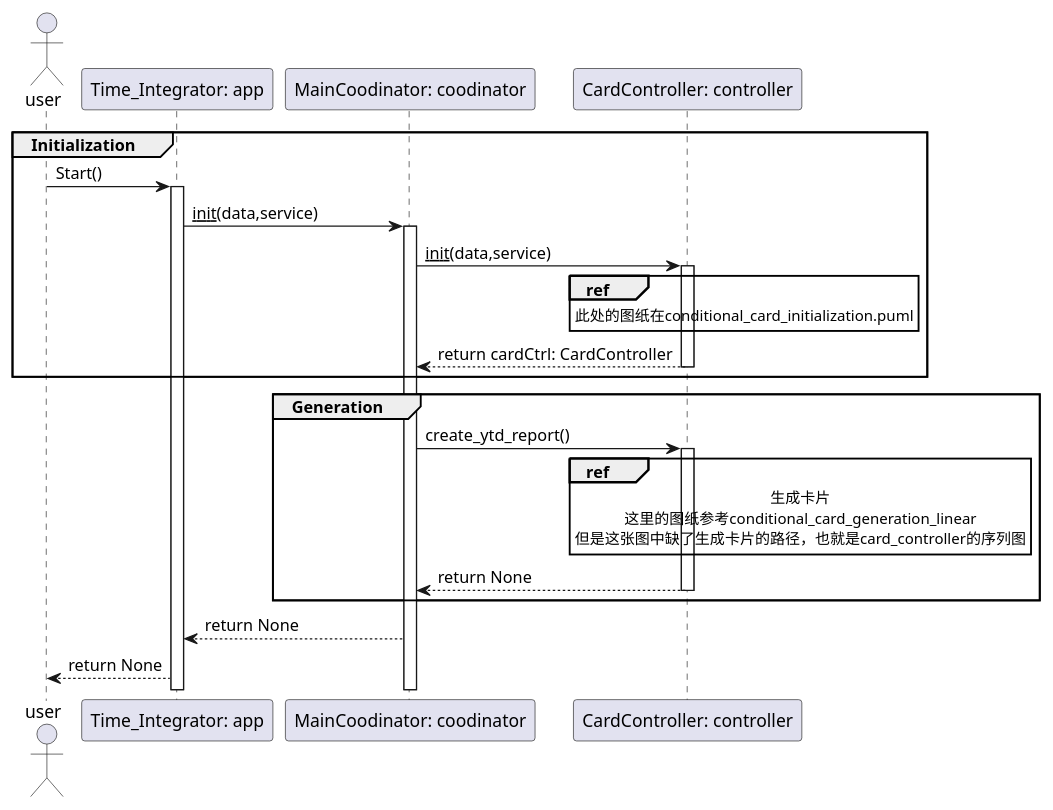
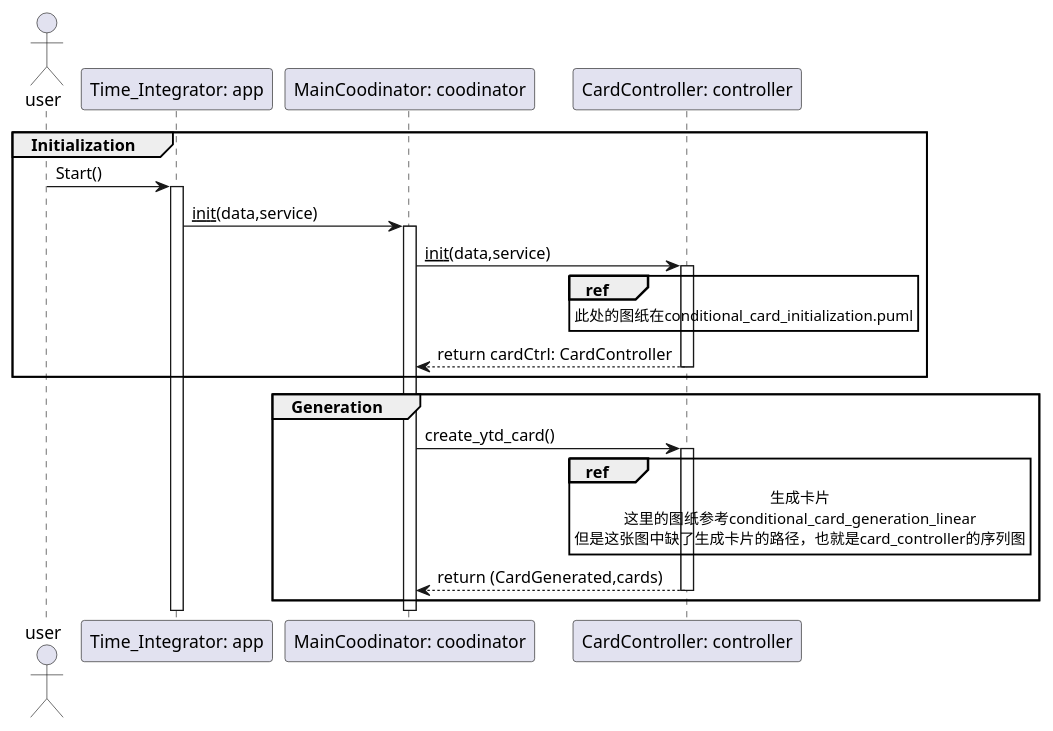
The diagram in documents/umls/[0]generate_report_overview.puml (67-68/Time-Integrator), drawn with PlantUML before and after one commit. The commit also changed 31 other files, not shown here.

```diff
--- a/documents/umls/[0]generate_report_overview.puml
+++ b/documents/umls/[0]generate_report_overview.puml
@@ -4,53 +4,46 @@
 @startuml
 actor user
 participant "Time_Integrator: app" as app
 participant "MainCoodinator: coodinator" as coodinator
 participant "CardController: controller" as controller
 
 group Initialization
     ' 程序启动
     user -> app: Start()
     activate app
     
     ' 获取服务和数据
     'TODO
 
     ' 创建Coodinator, 注入依赖
     app -> coodinator: __init__(data,service)
     activate coodinator
 
     ' 创建controller
     coodinator -> controller: __init__(data,service)
     activate controller
 
     ref over controller
         此处的图纸在conditional_card_initialization.puml
     end ref
 
     controller --> coodinator: return cardCtrl: CardController
     deactivate controller
 
 end group
 
 ' 自动生成卡片
 group Generation
-    coodinator -> controller: create_ytd_report()
+    coodinator -> controller: create_ytd_card()
     activate controller
 
     ref over controller
         生成卡片
         这里的图纸参考conditional_card_generation_linear
         但是这张图中缺了生成卡片的路径，也就是card_controller的序列图
     end ref
 
-    controller --> coodinator: return None
+    controller --> coodinator: return (CardGenerated,cards)
     deactivate controller
 end group
-
-' 结束程序
-coodinator --> app: return None
-app --> user: return None
-
-
-
 @enduml
```
